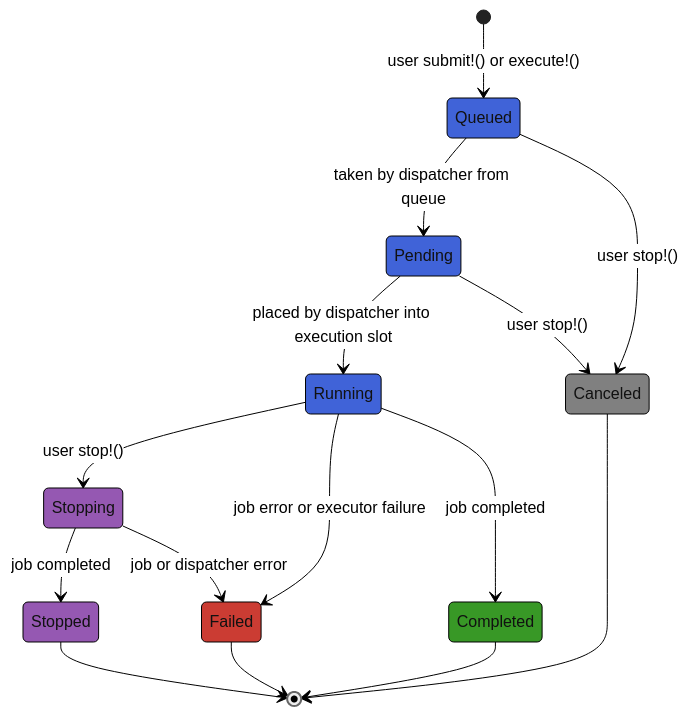
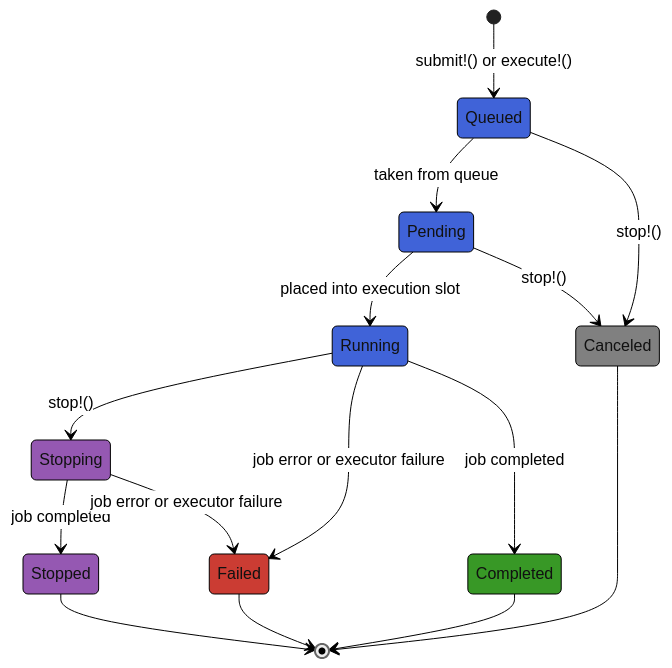
One commit to andreykochegura/JackBaboon.jl changed the diagram in README.md. Above: the diagram before and after it, drawn with Mermaid (neutral theme). The commit also changed other lines of this file and 1 other file, not shown here.

````diff
--- a/README.md
+++ b/README.md
@@ -94,35 +95,35 @@
 ```mermaid
     stateDiagram-v2
     classDef queued fill:#4063D8
     classDef pending fill:#4063D8
     classDef running fill:#4063D8
     classDef completed fill:#389826
     classDef failed fill:#CB3C33
     classDef stopping fill:#9558B2
     classDef stopped fill:#9558B2
     classDef canceled fill:grey
 
     class Queued queued
     class Pending pending
     class Running running
     class Completed completed
     class Failed failed
     class Stopping stopping
     class Stopped stopped
     class Canceled canceled
 
-    [*] --> Queued: user submit!() or execute!()
-    Queued --> Pending: taken by dispatcher from queue
-    Queued --> Canceled: user stop!()
-    Pending --> Running: placed by dispatcher into execution slot
-    Pending --> Canceled: user stop!()
-    Running --> Stopping: user stop!()
+    [*] --> Queued: submit!() or execute!()
+    Queued --> Pending: taken from queue
+    Queued --> Canceled: stop!()
+    Pending --> Running: placed into execution slot
+    Pending --> Canceled: stop!()
+    Running --> Stopping: stop!()
     Running --> Failed: job error or executor failure
     Running --> Completed: job completed
     Stopping --> Stopped: job completed
-    Stopping --> Failed: job or dispatcher error
+    Stopping --> Failed: job error or executor failure
     Stopped --> [*]
     Canceled --> [*]
     Completed --> [*]
     Failed --> [*]
 ```
````
